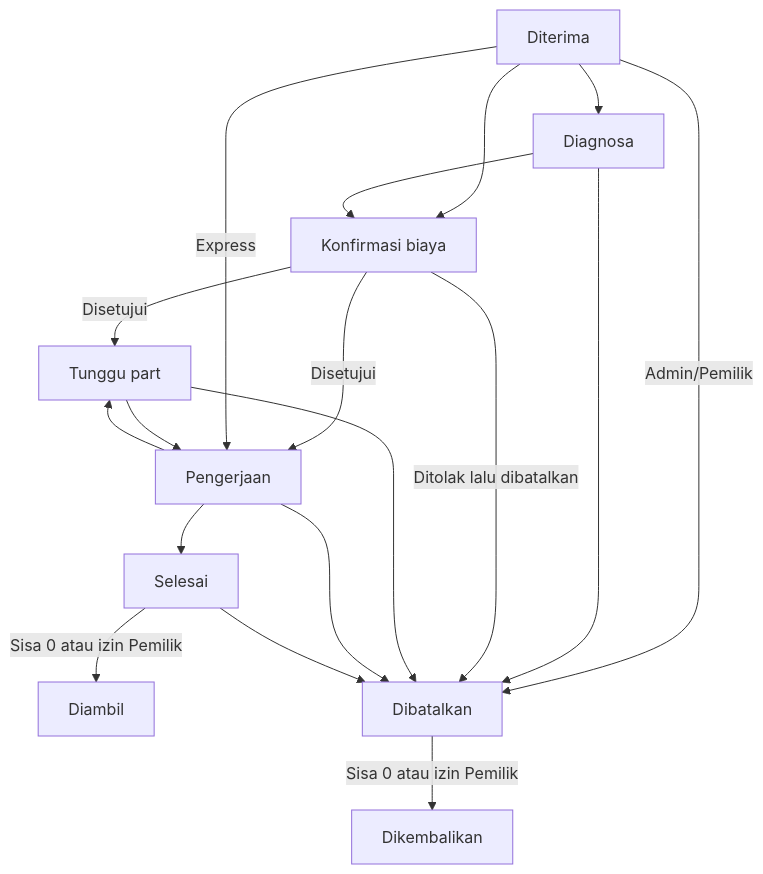
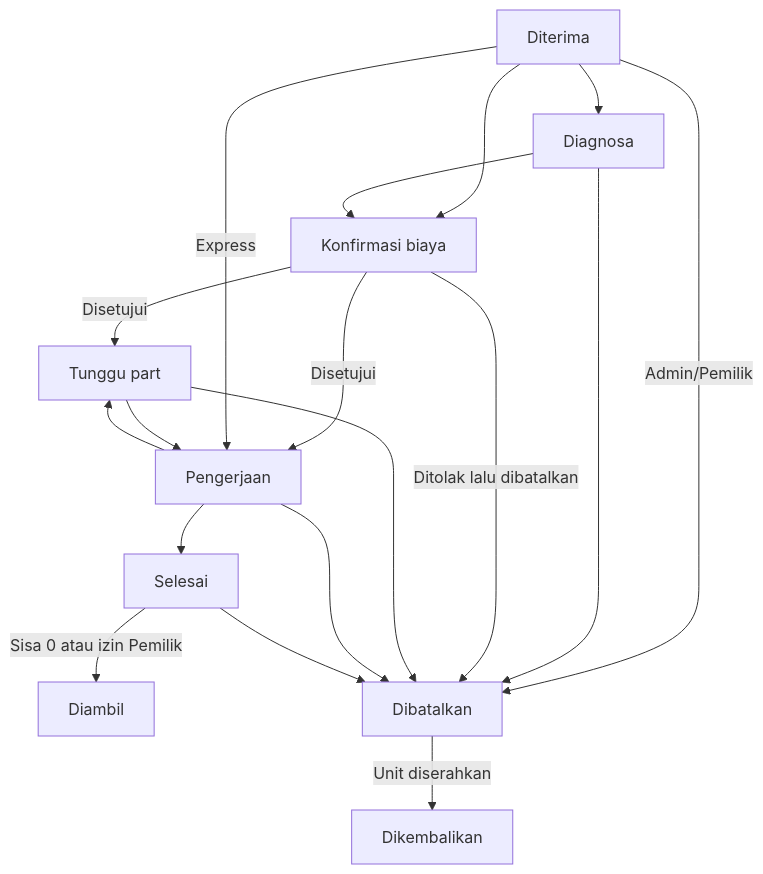
One commit to k24reps/nuaraservice changed the second of 3 diagrams in docs/AFD.md. Above: the diagram before and after it, drawn with Mermaid. The commit also changed other lines of this file and 5 other files, not shown here.

````diff
--- a/docs/AFD.md
+++ b/docs/AFD.md
@@ -87,20 +90,20 @@
 ```mermaid
 flowchart TD
   D["Diterima"] --> G["Diagnosa"]
   D --> K["Konfirmasi biaya"]
   G --> K
   K -- "Disetujui" --> T["Tunggu part"]
   K -- "Disetujui" --> P["Pengerjaan"]
   D -- "Express" --> P
   T --> P
   P --> T
   P --> S["Selesai"]
   S -- "Sisa 0 atau izin Pemilik" --> A["Diambil"]
   D -- "Admin/Pemilik" --> X["Dibatalkan"]
   G --> X
   K -- "Ditolak lalu dibatalkan" --> X
   T --> X
   P --> X
   S --> X
-  X -- "Sisa 0 atau izin Pemilik" --> R["Dikembalikan"]
+  X -- "Unit diserahkan" --> R["Dikembalikan"]
 ```
````
